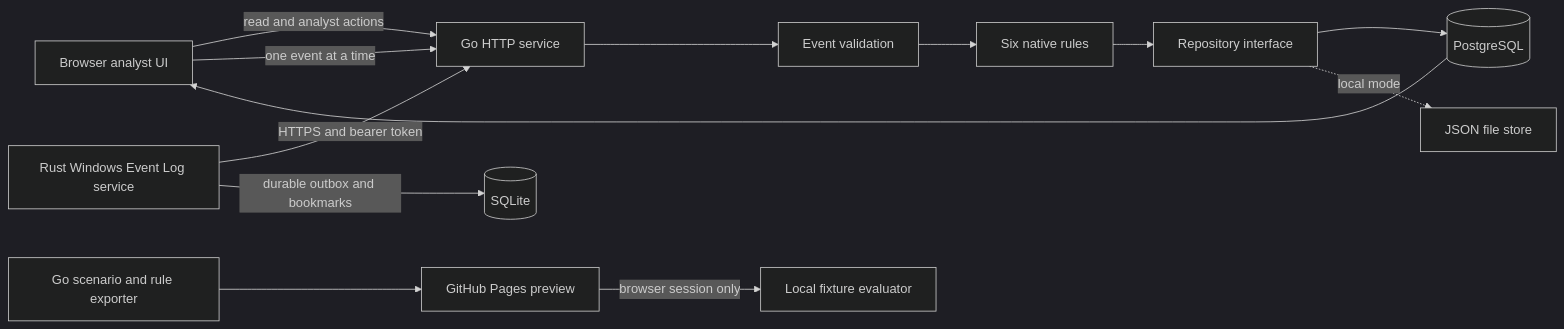
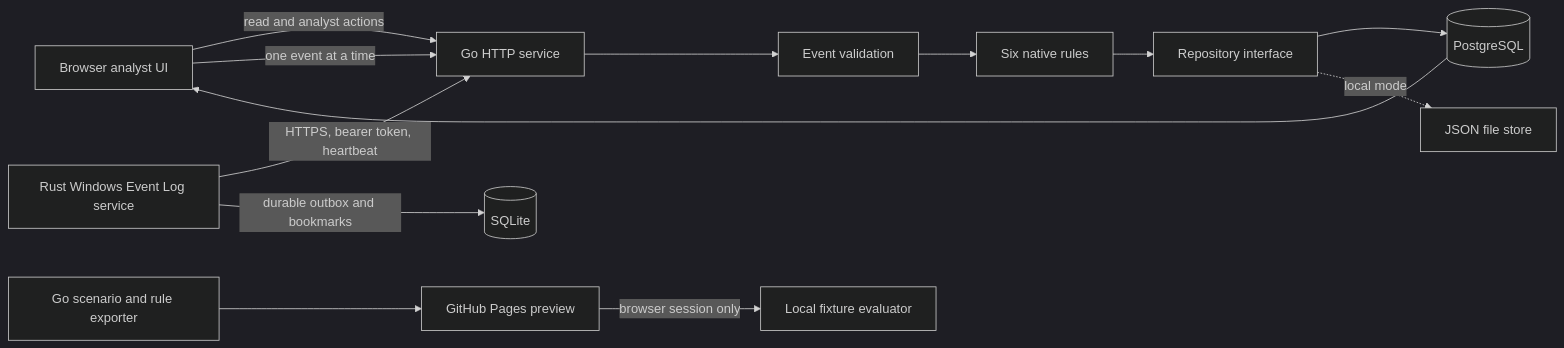
The diagram in docs/ARCHITECTURE.md (isandreythegrestestguyever/SENTINEL-Advanced-Endpoint-Detection-Response-Platform), drawn with Mermaid (dark theme) before and after one commit. The commit also changed other lines of this file and 15 other files, not shown here.

````diff
--- a/docs/ARCHITECTURE.md
+++ b/docs/ARCHITECTURE.md
@@ -5,15 +5,15 @@
 ```mermaid
 flowchart LR
   UI[Browser analyst UI] -->|read and analyst actions| API[Go HTTP service]
   UI -->|one event at a time| API
-  SENSOR[Rust Windows Event Log service] -->|HTTPS and bearer token| API
+  SENSOR[Rust Windows Event Log service] -->|HTTPS, bearer token, heartbeat| API
   SENSOR -->|durable outbox and bookmarks| SPOOL[(SQLite)]
   API --> VALIDATE[Event validation]
   VALIDATE --> ENGINE[Six native rules]
   ENGINE --> STORE[Repository interface]
   STORE --> PG[(PostgreSQL)]
   STORE -. local mode .-> JSON[JSON file store]
   PG --> UI
   EXPORT[Go scenario and rule exporter] --> PAGES[GitHub Pages preview]
   PAGES -->|browser session only| JS[Local fixture evaluator]
 ```
````
